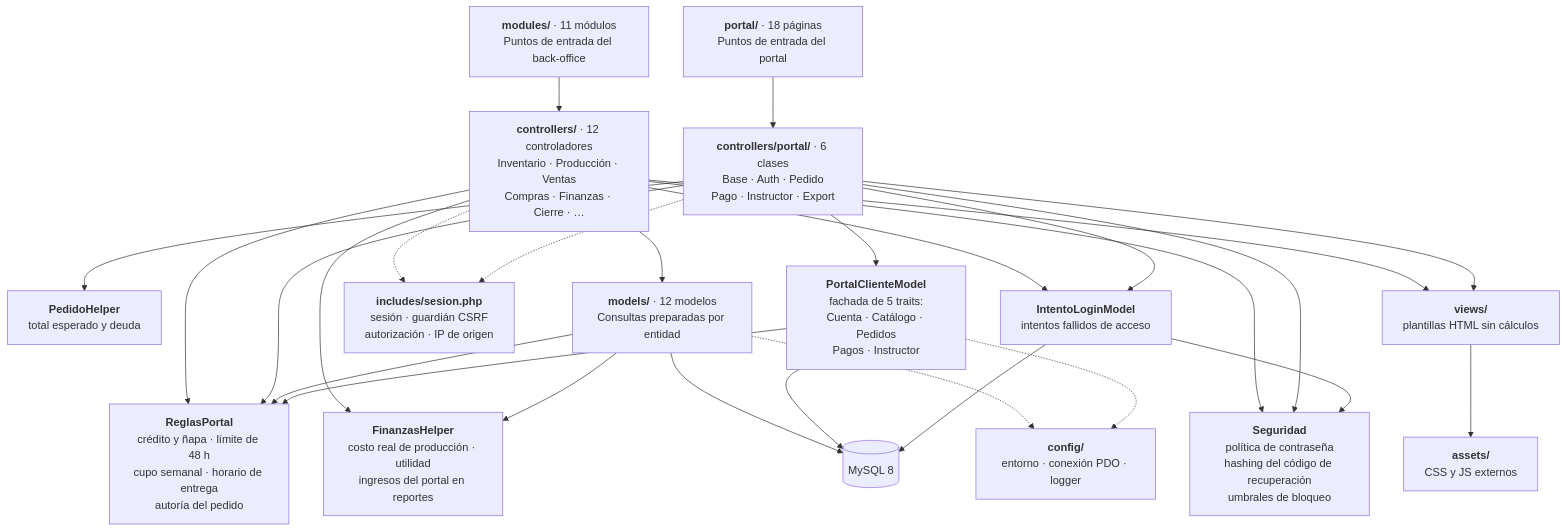
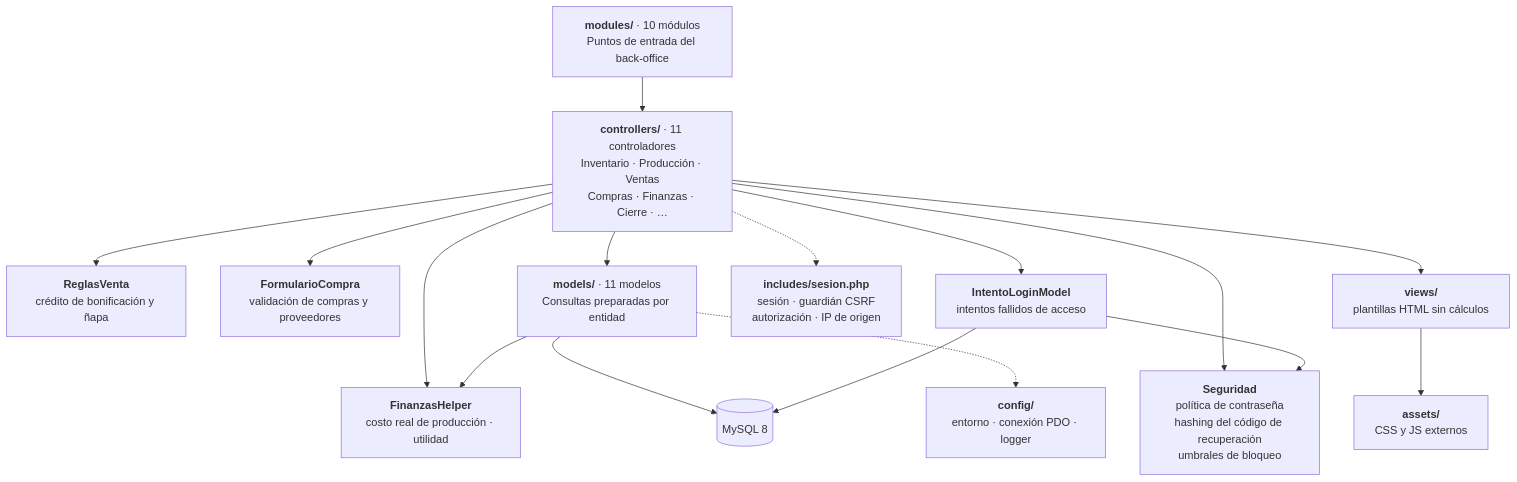
One commit to Manuel151025/breadcontrol changed the first of 2 diagrams in README.md. Above: the diagram before and after it, drawn with Mermaid. The commit also changed other lines of this file and 143 other files, not shown here.

First line of the commit message:
refactor!: retirar el portal de clientes y lo académico del SENA

````diff
--- a/README.md
+++ b/README.md
@@ -115,52 +106,38 @@
 ```mermaid
 flowchart TD
-    BO["<b>modules/</b> · 11 módulos<br/>Puntos de entrada del back-office"]
-    PT["<b>portal/</b> · 18 páginas<br/>Puntos de entrada del portal"]
+    BO["<b>modules/</b> · 10 módulos<br/>Puntos de entrada del back-office"]
 
-    CBO["<b>controllers/</b> · 12 controladores<br/>Inventario · Producción · Ventas<br/>Compras · Finanzas · Cierre · …"]
-    CPT["<b>controllers/portal/</b> · 6 clases<br/>Base · Auth · Pedido<br/>Pago · Instructor · Export"]
+    CBO["<b>controllers/</b> · 11 controladores<br/>Inventario · Producción · Ventas<br/>Compras · Finanzas · Cierre · …"]
 
-    RP["<b>ReglasPortal</b><br/>crédito y ñapa · límite de 48 h<br/>cupo semanal · horario de entrega<br/>autoría del pedido"]
-    PH["<b>PedidoHelper</b><br/>total esperado y deuda"]
-    FH["<b>FinanzasHelper</b><br/>costo real de producción · utilidad<br/>ingresos del portal en reportes"]
+    RV["<b>ReglasVenta</b><br/>crédito de bonificación y ñapa"]
+    FC["<b>FormularioCompra</b><br/>validación de compras y proveedores"]
+    FH["<b>FinanzasHelper</b><br/>costo real de producción · utilidad"]
     SG["<b>Seguridad</b><br/>política de contraseña<br/>hashing del código de recuperación<br/>umbrales de bloqueo"]
 
-    MBO["<b>models/</b> · 12 modelos<br/>Consultas preparadas por entidad"]
-    MPT["<b>PortalClienteModel</b><br/>fachada de 5 traits:<br/>Cuenta · Catálogo · Pedidos<br/>Pagos · Instructor"]
+    MBO["<b>models/</b> · 11 modelos<br/>Consultas preparadas por entidad"]
     MIL["<b>IntentoLoginModel</b><br/>intentos fallidos de acceso"]
 
     SES["<b>includes/sesion.php</b><br/>sesión · guardián CSRF<br/>autorización · IP de origen"]
     CFG["<b>config/</b><br/>entorno · conexión PDO · logger"]
 
     VW["<b>views/</b><br/>plantillas HTML sin cálculos"]
     AS["<b>assets/</b><br/>CSS y JS externos"]
 
     BD[("MySQL 8")]
 
     BO --> CBO
-    PT --> CPT
     CBO --> MBO
-    CPT --> MPT
-    CBO --> RP
+    CBO --> RV
+    CBO --> FC
     CBO --> FH
     CBO --> SG
-    CPT --> RP
-    CPT --> PH
-    CPT --> SG
     CBO --> MIL
-    CPT --> MIL
     MIL --> SG
-    MBO --> RP
     MBO --> FH
-    MPT --> RP
     MBO --> BD
-    MPT --> BD
     MIL --> BD
     CBO --> VW
-    CPT --> VW
     VW --> AS
     CBO -.-> SES
-    CPT -.-> SES
     MBO -.-> CFG
-    MPT -.-> CFG
 ```
````
